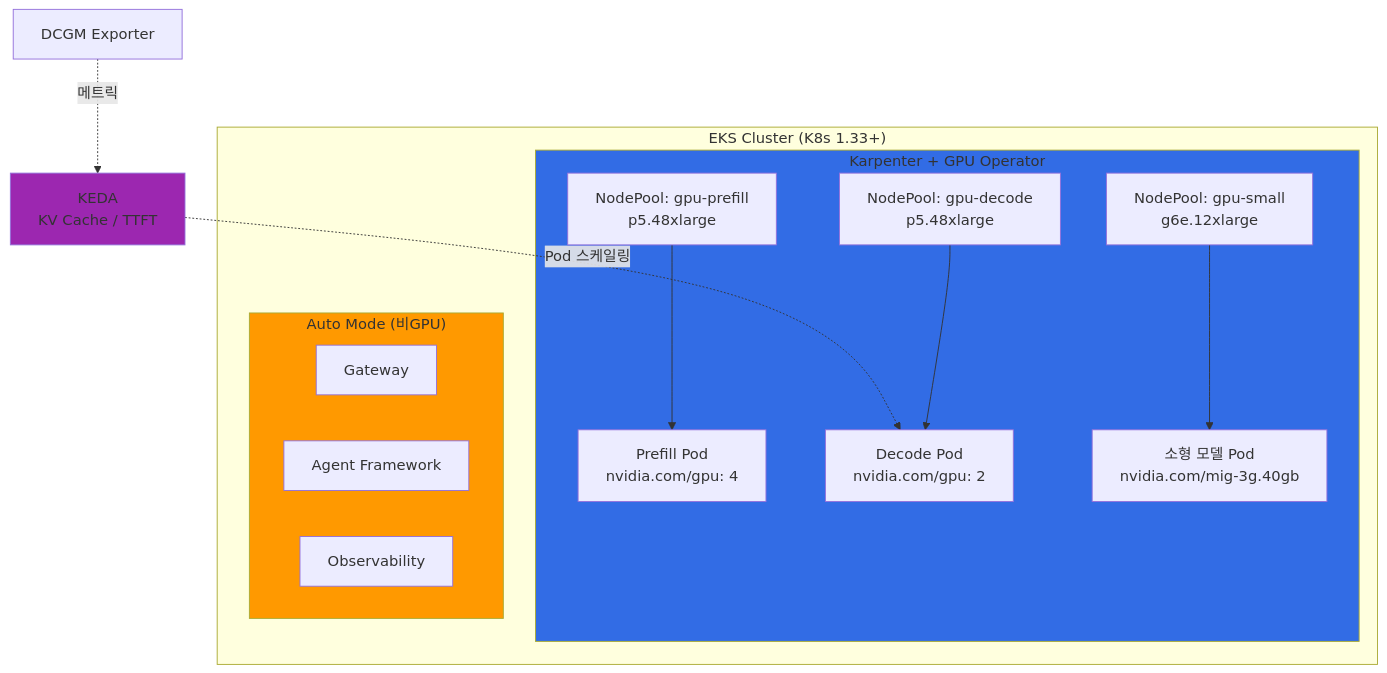
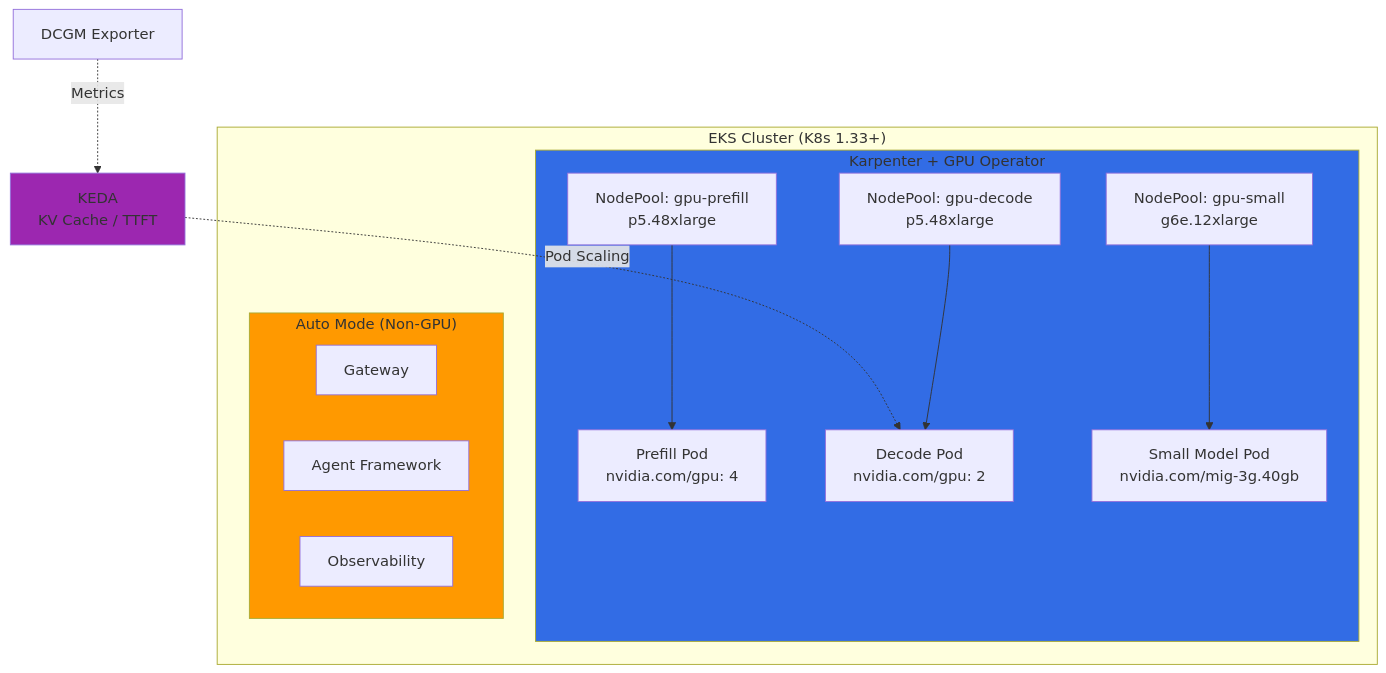
The third of 5 diagrams in docs/agentic-ai-platform/model-serving/gpu-infrastructure/eks-gpu-node-strategy.md (devfloor9/engineering-playbook), drawn with Mermaid before and after one commit. The commit also changed other lines of this file and 954 other files, not shown here.

````diff
--- a/docs/agentic-ai-platform/model-serving/gpu-infrastructure/eks-gpu-node-strategy.md
+++ b/docs/agentic-ai-platform/model-serving/gpu-infrastructure/eks-gpu-node-strategy.md
@@ -391,30 +349,30 @@
 ```mermaid
 flowchart TB
     subgraph Cluster["EKS Cluster (K8s 1.33+)"]
         subgraph KarpGPU["Karpenter + GPU Operator"]
             NP_PF[NodePool: gpu-prefill<br/>p5.48xlarge]
             NP_DC[NodePool: gpu-decode<br/>p5.48xlarge]
             NP_SM[NodePool: gpu-small<br/>g6e.12xlarge]
             PF[Prefill Pod<br/>nvidia.com/gpu: 4]
             DC[Decode Pod<br/>nvidia.com/gpu: 2]
-            SM[소형 모델 Pod<br/>nvidia.com/mig-3g.40gb]
+            SM[Small Model Pod<br/>nvidia.com/mig-3g.40gb]
         end
 
-        subgraph AutoMode["Auto Mode (비GPU)"]
+        subgraph AutoMode["Auto Mode (Non-GPU)"]
             GW[Gateway]
             AGENT[Agent Framework]
             MON[Observability]
         end
     end
 
-    KEDA[KEDA<br/>KV Cache / TTFT] -.->|Pod 스케일링| DC
-    DCGM[DCGM Exporter] -.->|메트릭| KEDA
+    KEDA[KEDA<br/>KV Cache / TTFT] -.->|Pod Scaling| DC
+    DCGM[DCGM Exporter] -.->|Metrics| KEDA
 
     NP_PF --> PF
     NP_DC --> DC
     NP_SM --> SM
 
     style KarpGPU fill:#326ce5
     style AutoMode fill:#ff9900
     style KEDA fill:#9c27b0
 ```
````
